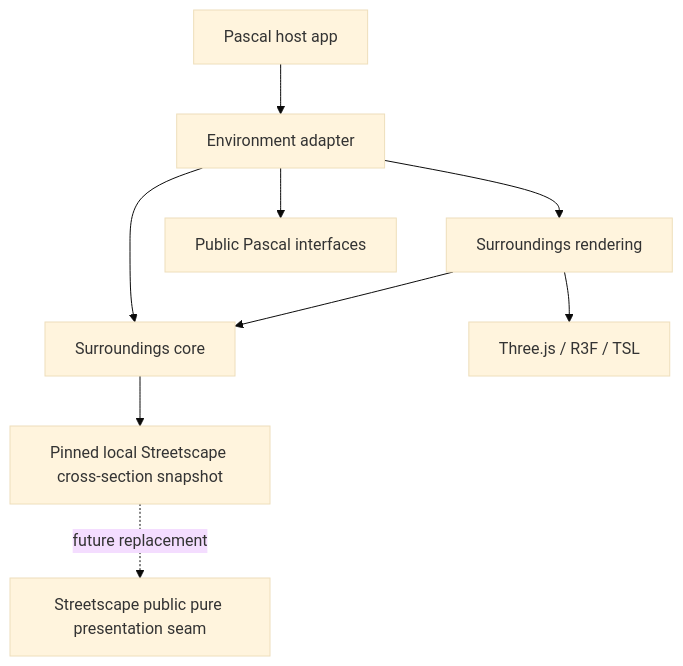
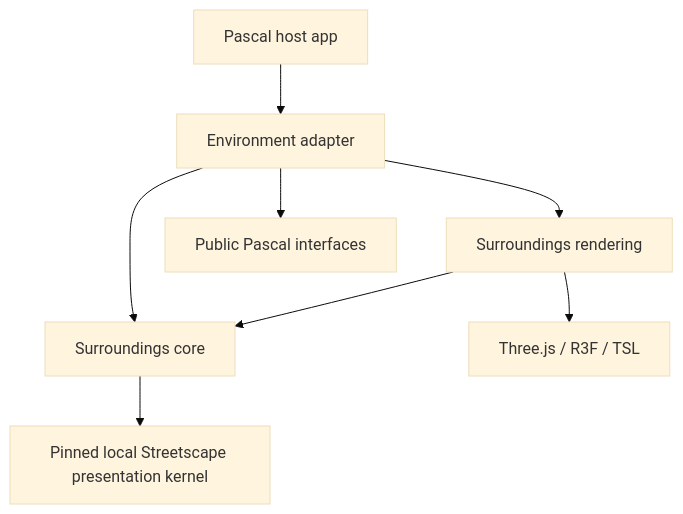
One commit to AxiomeCG/environment changed the first of 2 diagrams in .procedural/procedural-surroundings/SPEC.md. Above: the diagram before and after it, drawn with Mermaid (base theme). The commit also changed other lines of this file and 40 other files, not shown here.

````diff
--- a/.procedural/procedural-surroundings/SPEC.md
+++ b/.procedural/procedural-surroundings/SPEC.md
@@ -59,11 +59,10 @@
 ```mermaid
 graph TD
     H[Pascal host app] --> A[Environment adapter]
     A --> R[Surroundings rendering]
     A --> C[Surroundings core]
     R --> C
     R --> T[Three.js / R3F / TSL]
     A --> P[Public Pascal interfaces]
-    C --> SS[Pinned local Streetscape cross-section snapshot]
-    SS -. future replacement .-> SI[Streetscape public pure presentation seam]
+    C --> SS[Pinned local Streetscape presentation kernel]
 ```
````
